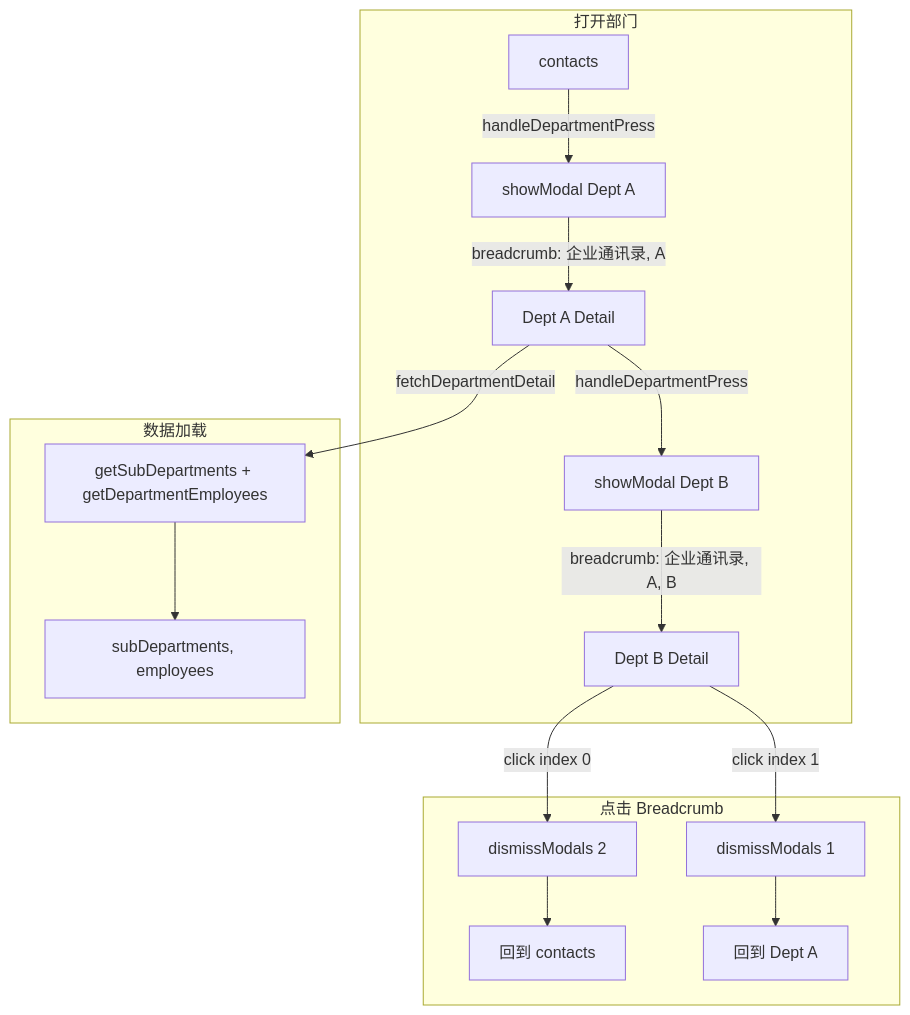
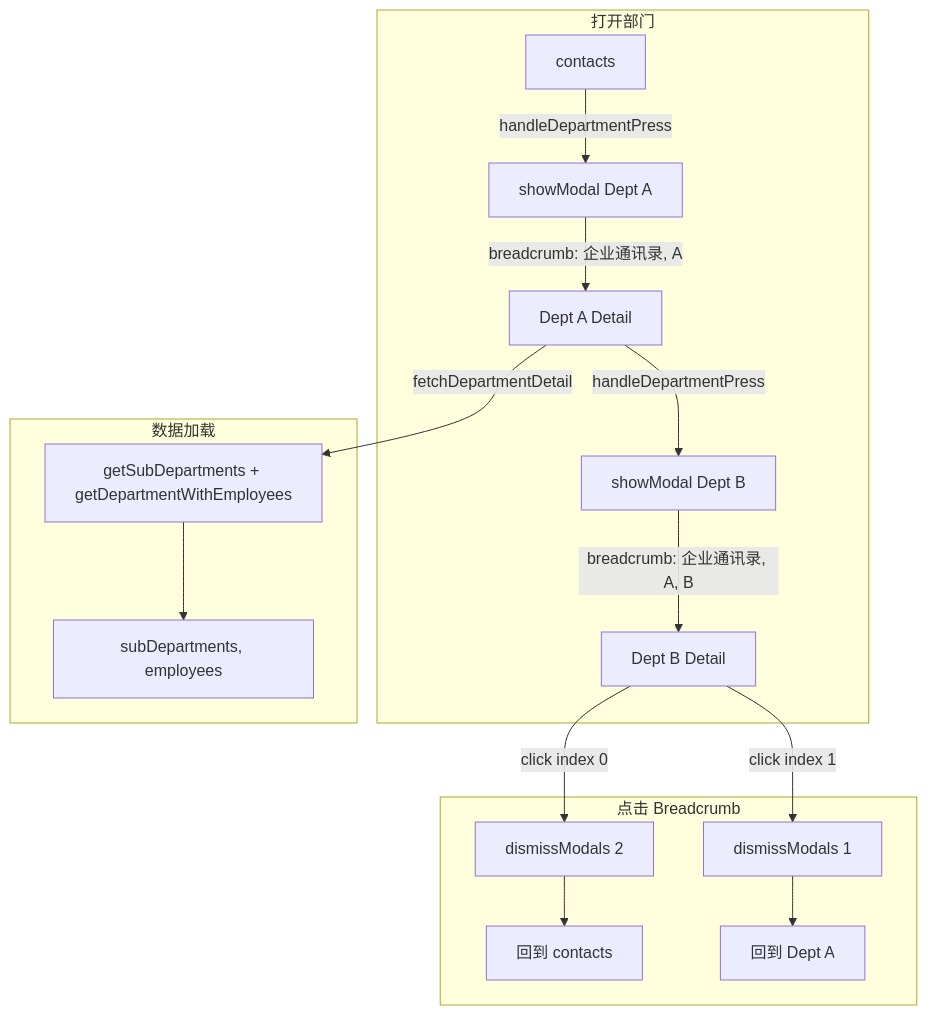
One commit to xueqiang-sudo/mattermost-mobile changed the diagram in .cursor/plans/部门详情加载与导航_4aa9e10e.plan.md. Above: the diagram before and after it, drawn with Mermaid. The commit also changed other lines of this file and 9 other files, not shown here.

First line of the commit message:
refactor(Contacts): update contact fetching methods and improve department detail handling

````diff
--- a/.cursor/plans/部门详情加载与导航_4aa9e10e.plan.md
+++ b/.cursor/plans/部门详情加载与导航_4aa9e10e.plan.md
@@ -88,21 +88,21 @@
 ```mermaid
 flowchart TD
     subgraph OpenDept [打开部门]
         A[contacts] -->|handleDepartmentPress| B[showModal Dept A]
         B -->|breadcrumb: 企业通讯录, A| C[Dept A Detail]
         C -->|handleDepartmentPress| D[showModal Dept B]
         D -->|breadcrumb: 企业通讯录, A, B| E[Dept B Detail]
     end
 
     subgraph BreadcrumbClick [点击 Breadcrumb]
         E -->|click index 0| F[dismissModals 2]
         F --> G[回到 contacts]
         E -->|click index 1| H[dismissModals 1]
         H --> I[回到 Dept A]
     end
 
     subgraph DataLoad [数据加载]
-        C -->|fetchDepartmentDetail| J[getSubDepartments + getDepartmentEmployees]
+        C -->|fetchDepartmentDetail| J[getSubDepartments + getDepartmentWithEmployees]
         J --> K[subDepartments, employees]
     end
 ```
````
